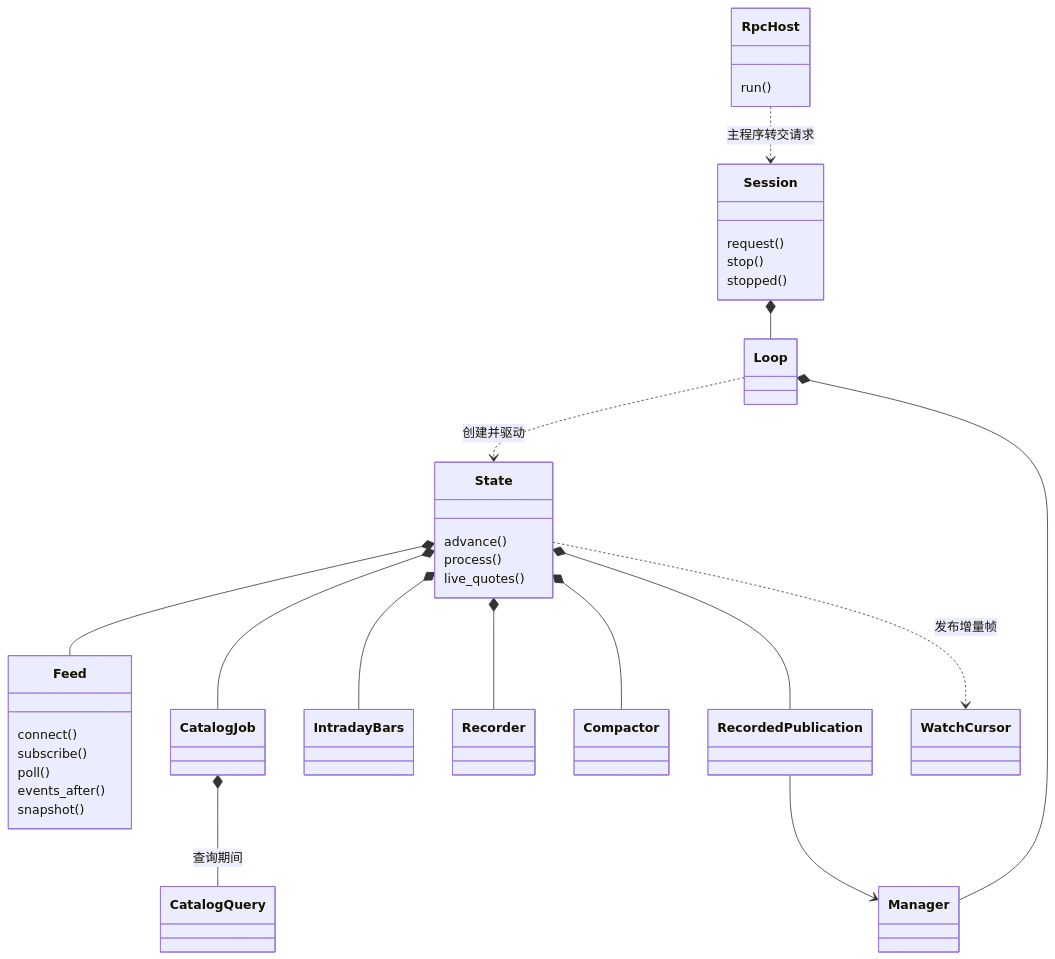
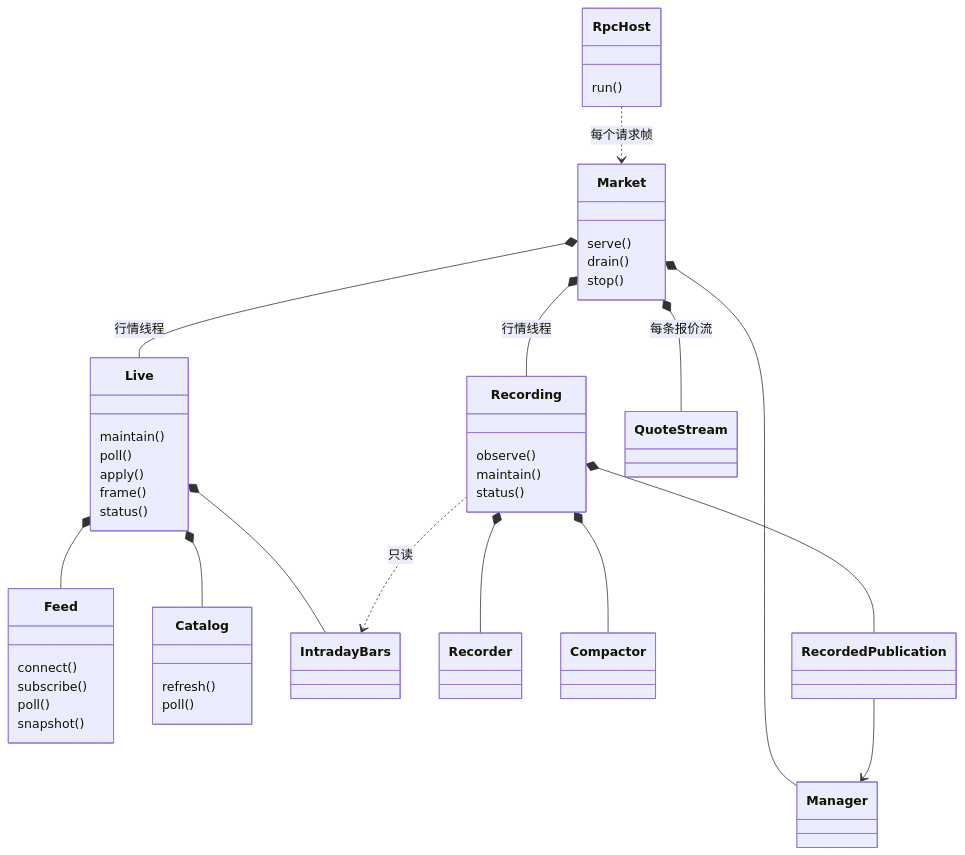
One commit to isqiwen/asterion-terminal changed the second of 5 diagrams in docs/market-design.md. Above: the diagram before and after it, drawn with Mermaid. The commit also changed other lines of this file and 1 other file, not shown here.

Commit message:
M3.37: describe the new Market structure in the developer guide

````diff
--- a/docs/market-design.md
+++ b/docs/market-design.md
@@ -40,45 +40,52 @@
 ```mermaid
 classDiagram
     class RpcHost {
         run()
     }
-    class Session {
-        request()
+    class Market {
+        serve()
+        drain()
         stop()
-        stopped()
     }
-    class Loop
-    class State {
-        advance()
-        process()
-        live_quotes()
+    class Live {
+        maintain()
+        poll()
+        apply()
+        frame()
+        status()
+    }
+    class Recording {
+        observe()
+        maintain()
+        status()
     }
     class Feed {
         connect()
         subscribe()
         poll()
-        events_after()
         snapshot()
     }
-    class CatalogJob
-    class CatalogQuery
+    class Catalog {
+        refresh()
+        poll()
+    }
     class IntradayBars
     class Recorder
     class Compactor
     class RecordedPublication
     class Manager
-    class WatchCursor
-    RpcHost ..> Session : 主程序转交请求
-    Session *-- Loop
-    Loop ..> State : 创建并驱动
-    Loop *-- Manager
-    State *-- Feed
-    State *-- CatalogJob
-    CatalogJob *-- CatalogQuery : 查询期间
-    State *-- IntradayBars
-    State *-- Recorder
-    State *-- Compactor
-    State *-- RecordedPublication
+    class QuoteStream
+    RpcHost ..> Market : 每个请求帧
+    Market *-- Live : 行情线程
+    Market *-- Recording : 行情线程
+    Market *-- Manager
+    Market *-- QuoteStream : 每条报价流
+    Live *-- Feed
+    Live *-- Catalog
+    Live *-- IntradayBars
+    Recording *-- Recorder
+    Recording *-- Compactor
+    Recording *-- RecordedPublication
+    Recording ..> IntradayBars : 只读
     RecordedPublication --> Manager
-    State ..> WatchCursor : 发布增量帧
 ```
````
